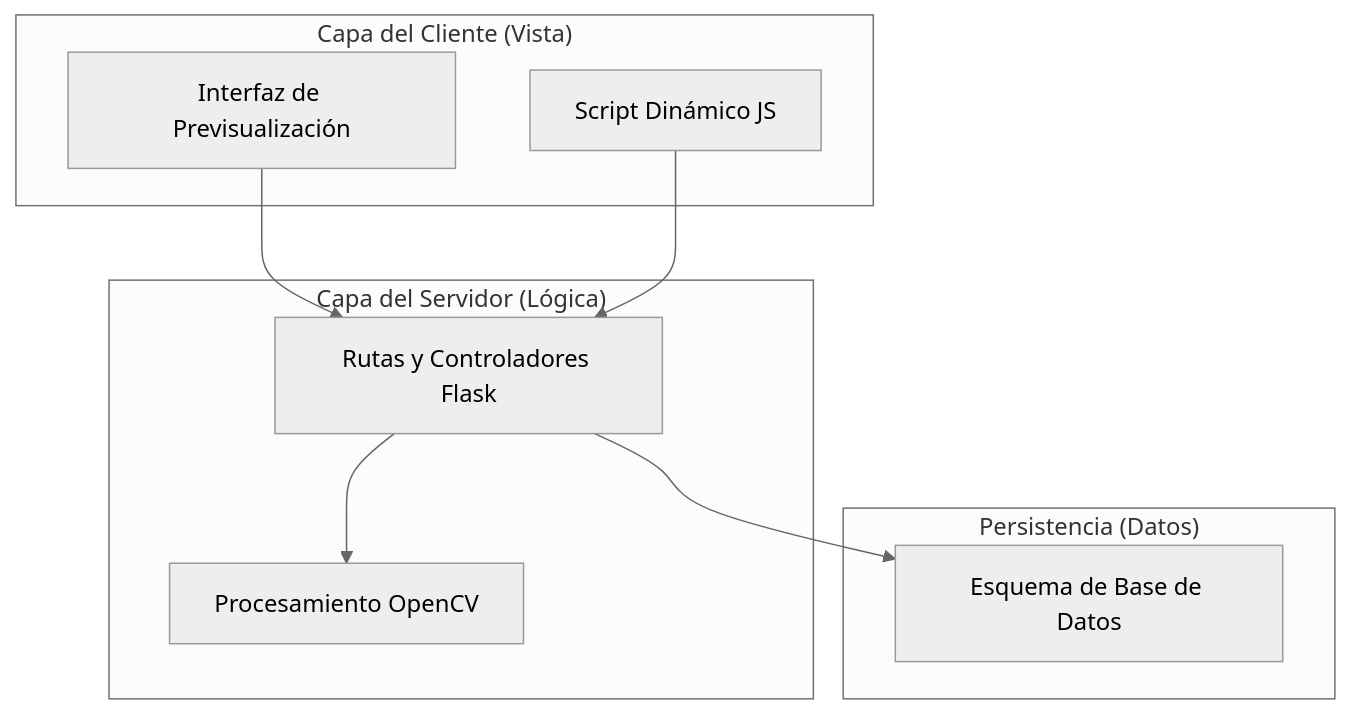
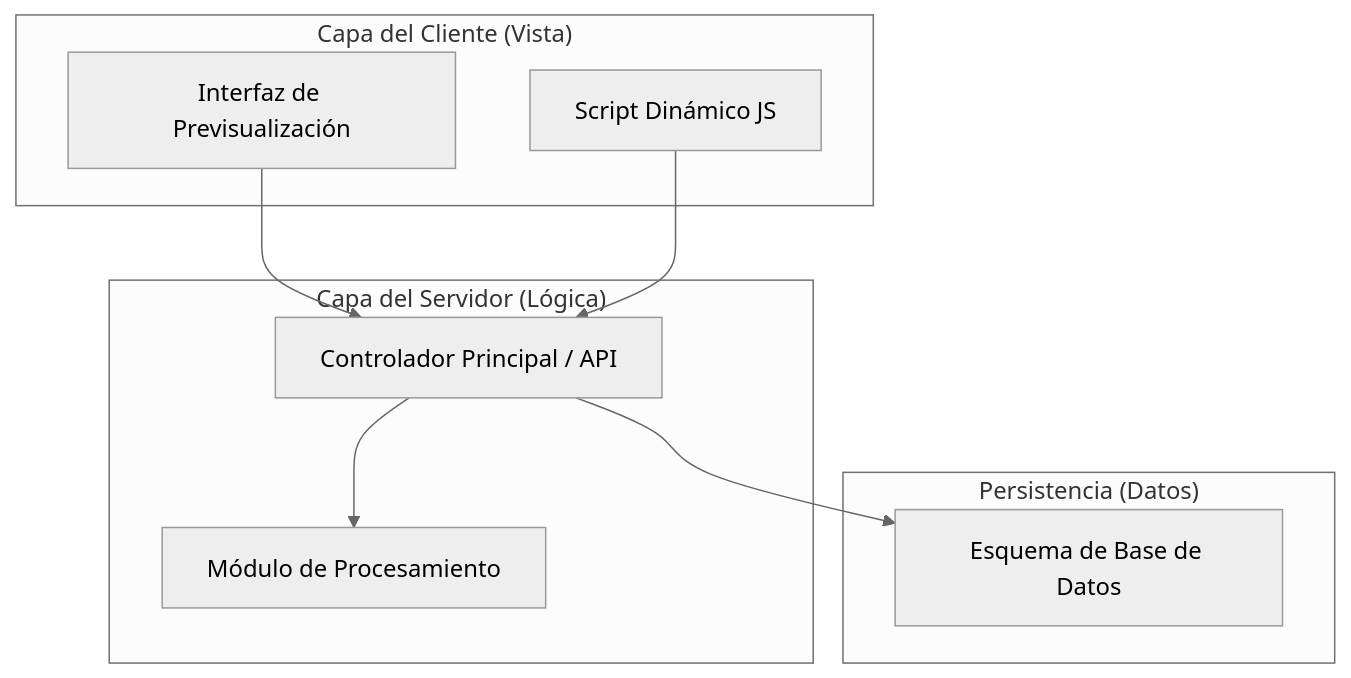
Before and after one commit to AXLAAF/SAQ_Marcos_XOOKTECH: the first of 2 diagrams in 01-Proyecto/03-Diseño/Plantillas/Formatos/PLT-FOR_Plantilla_SDD.md, drawn with Mermaid (neutral theme). The commit also changed other lines of this file and 143 other files, not shown here.

````diff
--- a/01-Proyecto/03-Diseño/Plantillas/Formatos/PLT-FOR_Plantilla_SDD.md
+++ b/01-Proyecto/03-Diseño/Plantillas/Formatos/PLT-FOR_Plantilla_SDD.md
@@ -43,21 +43,21 @@
 ```mermaid
 graph TD
     subgraph Frontend["Capa del Cliente (Vista)"]
         UI["Interfaz de Previsualización"]
         JS["Script Dinámico JS"]
     end
 
     subgraph Backend["Capa del Servidor (Lógica)"]
-        Flask["Rutas y Controladores Flask"]
-        OpenCV["Procesamiento OpenCV"]
+        Controller["Controlador Principal / API"]
+        Proc["Módulo de Procesamiento"]
     end
 
     subgraph Persistence["Persistencia (Datos)"]
         DB["Esquema de Base de Datos"]
     end
 
-    UI --> Flask
-    JS --> Flask
-    Flask --> OpenCV
-    Flask --> DB
+    UI --> Controller
+    JS --> Controller
+    Controller --> Proc
+    Controller --> DB
 ```
````
